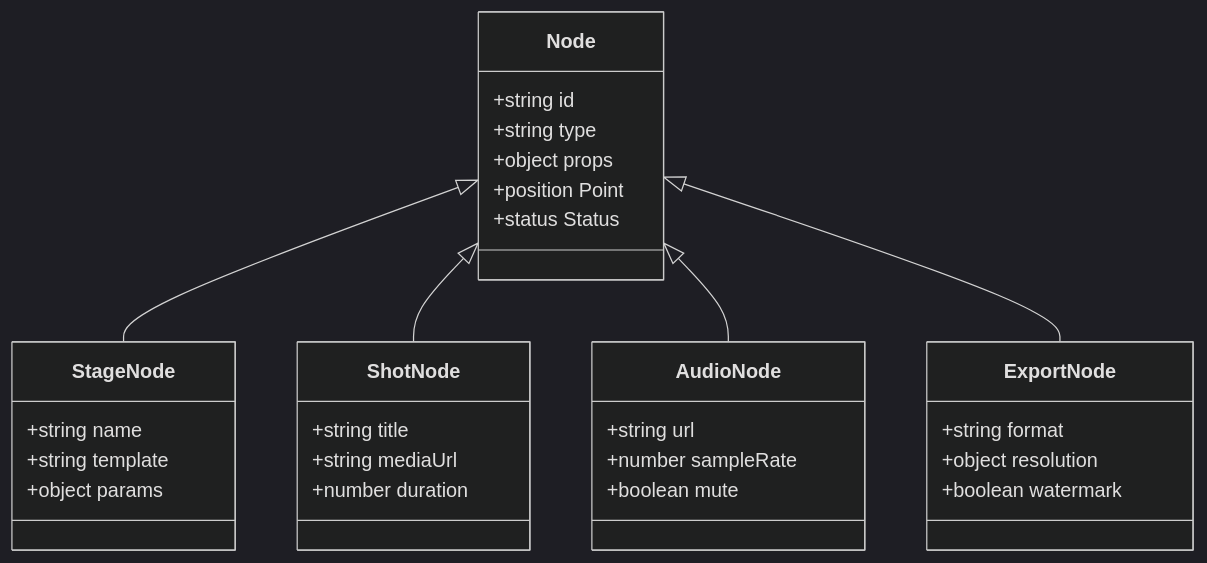
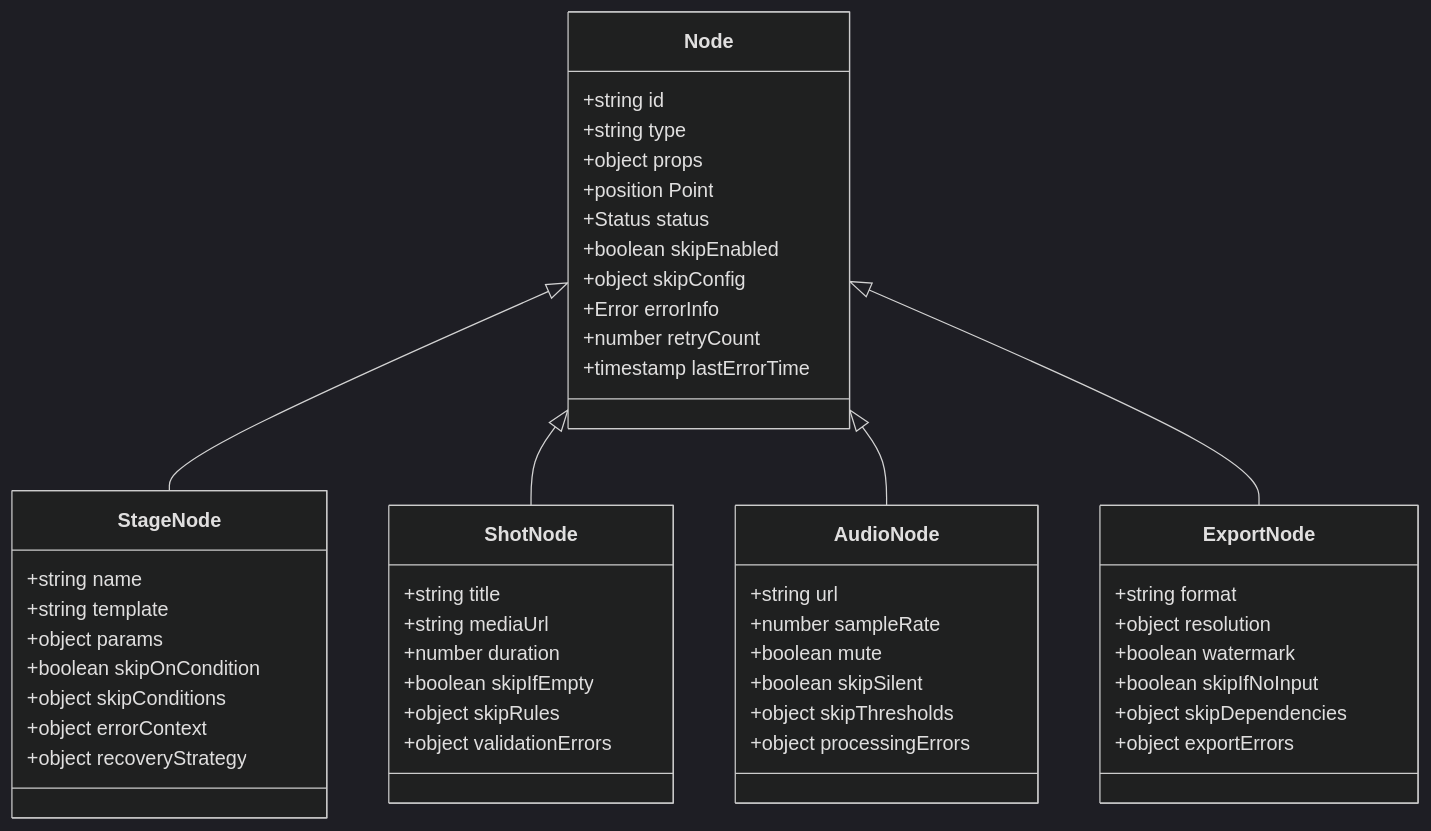
The fourth of 15 diagrams in .qoder/repowiki/zh/content/画布编辑器/画布编辑器.md (scottcwy/PurpleInk), drawn with Mermaid (dark theme) before and after one commit. The commit also changed other lines of this file and 109 other files, not shown here.

````diff
--- a/.qoder/repowiki/zh/content/画布编辑器/画布编辑器.md
+++ b/.qoder/repowiki/zh/content/画布编辑器/画布编辑器.md
@@ -254,34 +294,52 @@
 ```mermaid
 classDiagram
 class Node {
 +string id
 +string type
 +object props
 +position Point
-+status Status
++Status status
++boolean skipEnabled
++object skipConfig
++Error errorInfo
++number retryCount
++timestamp lastErrorTime
 }
 class StageNode {
 +string name
 +string template
 +object params
++boolean skipOnCondition
++object skipConditions
++object errorContext
++object recoveryStrategy
 }
 class ShotNode {
 +string title
 +string mediaUrl
 +number duration
++boolean skipIfEmpty
++object skipRules
++object validationErrors
 }
 class AudioNode {
 +string url
 +number sampleRate
 +boolean mute
++boolean skipSilent
++object skipThresholds
++object processingErrors
 }
 class ExportNode {
 +string format
 +object resolution
 +boolean watermark
++boolean skipIfNoInput
++object skipDependencies
++object exportErrors
 }
 Node <|-- StageNode
 Node <|-- ShotNode
 Node <|-- AudioNode
 Node <|-- ExportNode
 ```
````
